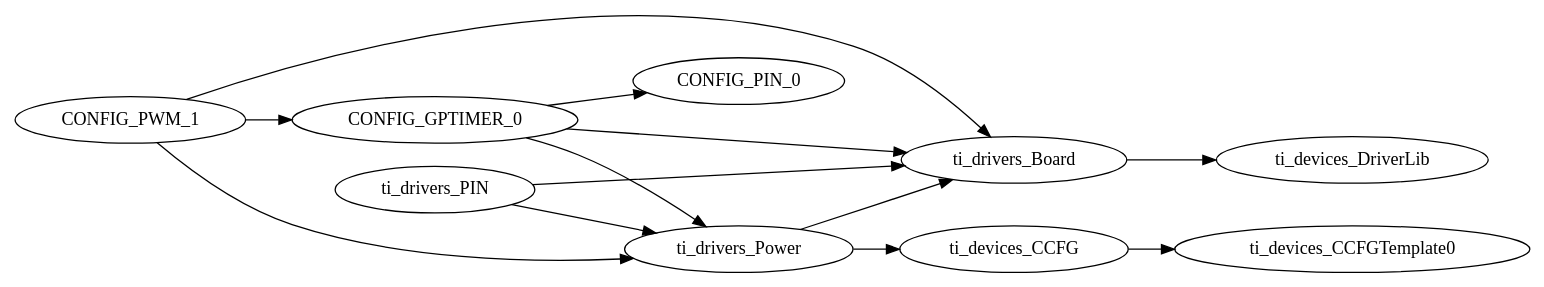
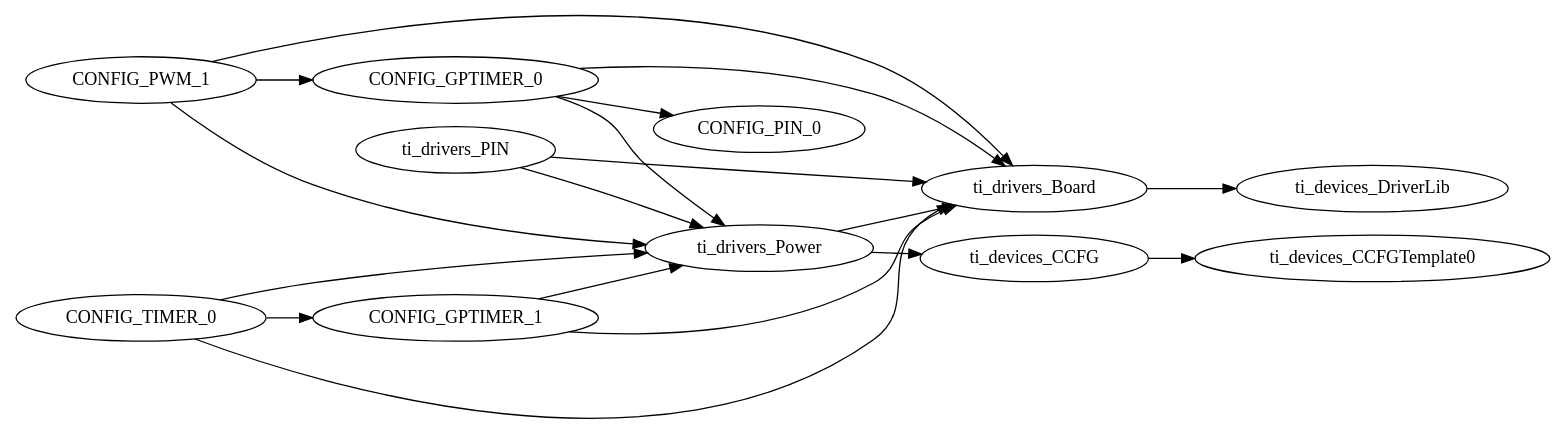
One commit to lukeb2014/fdii-haptic changed the diagram in Debug/syscfg/ti_utils_runtime_model.gv. Above: the diagram before and after it, drawn with Graphviz. The commit also changed 17 other files, not shown here.

```diff
--- a/Debug/syscfg/ti_utils_runtime_model.gv
+++ b/Debug/syscfg/ti_utils_runtime_model.gv
@@ -1,34 +1,41 @@
 digraph Model
 {
     graph[rankdir=LR]
 
     // mod.$name=/ti/devices/CCFG
     ti_devices_CCFG -> ti_devices_CCFGTemplate0
 
     // mod.$name=/ti/devices/CCFGTemplate
 
     // mod.$name=/ti/devices/DriverLib
 
     // mod.$name=/ti/drivers/Board
     ti_drivers_Board -> ti_devices_DriverLib
 
     // mod.$name=/ti/drivers/PIN
     ti_drivers_PIN -> ti_drivers_Power
     ti_drivers_PIN -> ti_drivers_Board
 
     // mod.$name=/ti/drivers/PWM
     CONFIG_PWM_1 -> ti_drivers_Power
     CONFIG_PWM_1 -> ti_drivers_Board
     CONFIG_PWM_1 -> CONFIG_GPTIMER_0
 
     // mod.$name=/ti/drivers/Power
     ti_drivers_Power -> ti_devices_CCFG
     ti_drivers_Power -> ti_drivers_Board
 
     // mod.$name=/ti/drivers/RTOS
 
+    // mod.$name=/ti/drivers/Timer
+    CONFIG_TIMER_0 -> ti_drivers_Power
+    CONFIG_TIMER_0 -> ti_drivers_Board
+    CONFIG_TIMER_0 -> CONFIG_GPTIMER_1
+
     // mod.$name=/ti/drivers/timer/GPTimerCC26XX
+    CONFIG_GPTIMER_1 -> ti_drivers_Power
+    CONFIG_GPTIMER_1 -> ti_drivers_Board
     CONFIG_GPTIMER_0 -> ti_drivers_Power
     CONFIG_GPTIMER_0 -> ti_drivers_Board
     CONFIG_GPTIMER_0 -> CONFIG_PIN_0
 }
```
